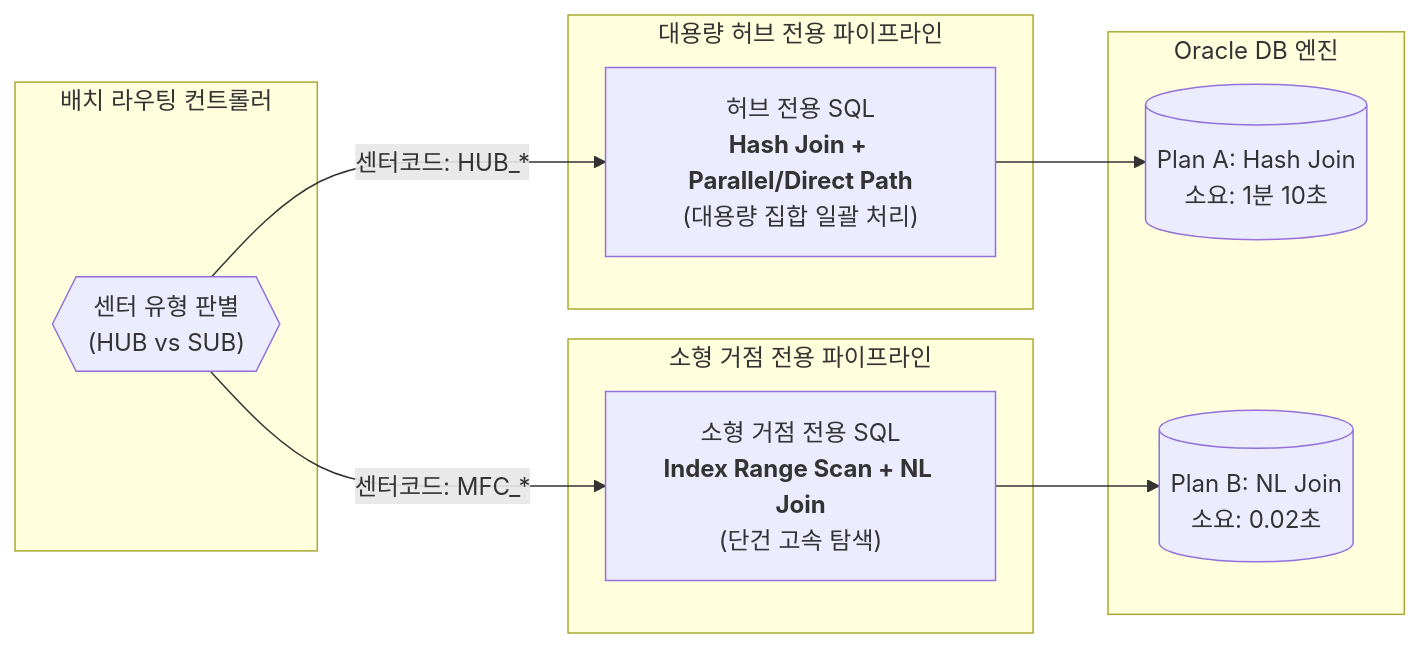
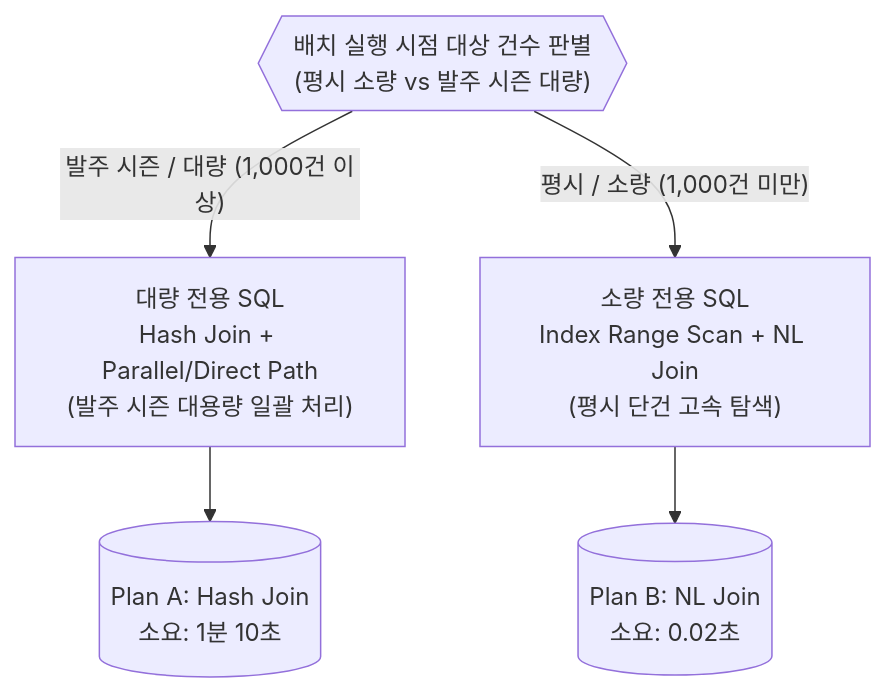
One commit to djpibo/djpibo.github.io changed the fourth of 5 diagrams in docs/dbms/oracle/batch-execution-plan-instability-spm-tuning.md. Above: the diagram before and after it, drawn with Mermaid. The commit also changed other lines of this file, not shown here.

Commit message:
docs(oracle): align batch skew scenario to normal vs peak order season

````diff
--- a/docs/dbms/oracle/batch-execution-plan-instability-spm-tuning.md
+++ b/docs/dbms/oracle/batch-execution-plan-instability-spm-tuning.md
@@ -411,23 +388,13 @@
 ```mermaid
-flowchart LR
+flowchart TD
+    DISPATCH{{"배치 실행 시점 대상 건수 판별<br/>(평시 소량 vs 발주 시즌 대량)"}}
 
-    subgraph BatchApp["배치 라우팅 컨트롤러"]
-        DISPATCH{{"센터 유형 판별<br/>(HUB vs SUB)"}}
-    end
+    HUB_SQL["대량 전용 SQL<br/>Hash Join + Parallel/Direct Path<br/>(발주 시즌 대용량 일괄 처리)"]
+    SUB_SQL["소량 전용 SQL<br/>Index Range Scan + NL Join<br/>(평시 단건 고속 탐색)"]
 
-    subgraph HubPipeline["대용량 허브 전용 파이프라인"]
-        HUB_SQL["허브 전용 SQL<br/><b>Hash Join + Parallel/Direct Path</b><br/>(대용량 집합 일괄 처리)"]
-    end
+    HUB_PLAN[("Plan A: Hash Join<br/>소요: 1분 10초")]
+    SUB_PLAN[("Plan B: NL Join<br/>소요: 0.02초")]
 
-    subgraph SubPipeline["소형 거점 전용 파이프라인"]
-        SUB_SQL["소형 거점 전용 SQL<br/><b>Index Range Scan + NL Join</b><br/>(단건 고속 탐색)"]
-    end
-
-    subgraph Database["Oracle DB 엔진"]
-        HUB_PLAN[("Plan A: Hash Join<br/>소요: 1분 10초")]
-        SUB_PLAN[("Plan B: NL Join<br/>소요: 0.02초")]
-    end
-
-    DISPATCH -->|"센터코드: HUB_*"| HUB_SQL --> HUB_PLAN
-    DISPATCH -->|"센터코드: MFC_*"| SUB_SQL --> SUB_PLAN
+    DISPATCH -->|"발주 시즌 / 대량 (1,000건 이상)"| HUB_SQL --> HUB_PLAN
+    DISPATCH -->|"평시 / 소량 (1,000건 미만)"| SUB_SQL --> SUB_PLAN
 ```
````
